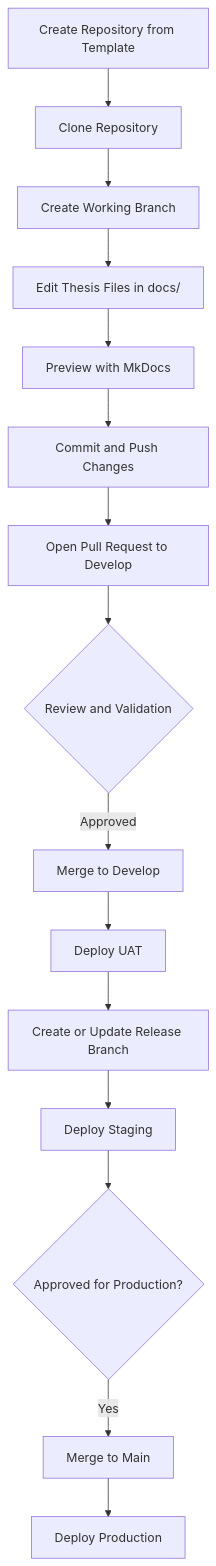
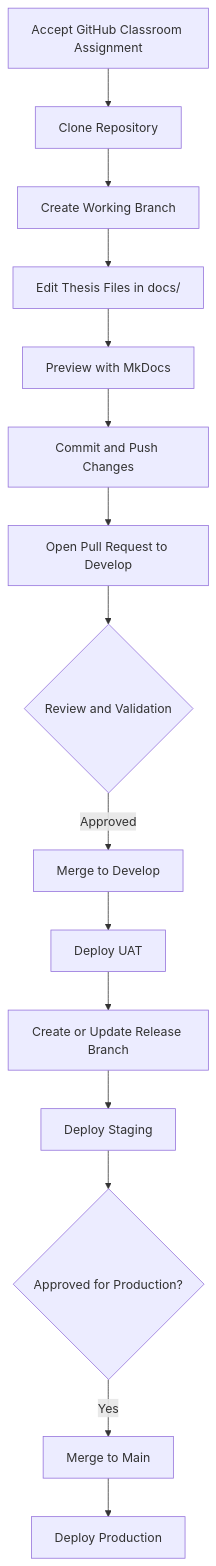
The diagram in README.md (mc-ccs/bscs-research-template), drawn with Mermaid before and after one commit. The commit also changed other lines of this file, not shown here.

Commit message:
docs: update README to clarify GitHub Classroom repository acceptance and cloning instructions

````diff
--- a/README.md
+++ b/README.md
@@ -232,17 +236,17 @@
 ```mermaid
 flowchart TD
-    A[Create Repository from Template] --> B[Clone Repository]
+    A[Accept GitHub Classroom Assignment] --> B[Clone Repository]
     B --> C[Create Working Branch]
     C --> D[Edit Thesis Files in docs/]
     D --> E[Preview with MkDocs]
     E --> F[Commit and Push Changes]
     F --> G[Open Pull Request to Develop]
     G --> H{Review and Validation}
     H -->|Approved| I[Merge to Develop]
     I --> J[Deploy UAT]
     J --> K[Create or Update Release Branch]
     K --> L[Deploy Staging]
     L --> M{Approved for Production?}
     M -->|Yes| N[Merge to Main]
     N --> O[Deploy Production]
 ```
````
